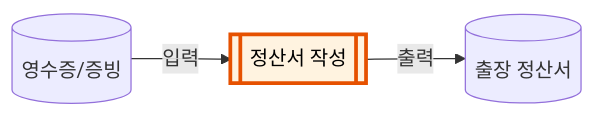
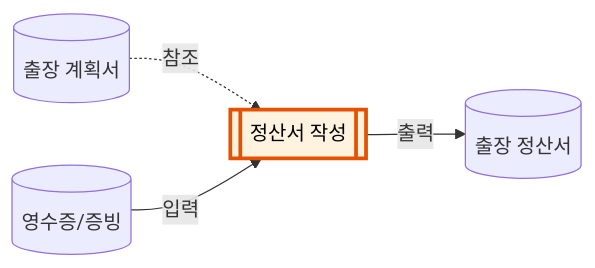
Before and after one commit to isnbh0/yooshin-demo-data: the second of 2 diagrams in session-02/homework.md, drawn with Mermaid. The commit also changed other lines of this file, not shown here.

Commit message:
fix: 정산서 작성 예시에 출장 계획서 참조 입력 추가

````diff
--- a/session-02/homework.md
+++ b/session-02/homework.md
@@ -56,6 +56,7 @@
 ```mermaid
 flowchart LR
-    영수증[("영수증/증빙")] -->|입력| 정산작성[["정산서 작성"]]:::selected -->|출력| 정산서[("출장 정산서")]
+    출장계획서[("출장 계획서")] -.->|참조| 정산작성[["정산서 작성"]]:::selected
+    영수증[("영수증/증빙")] -->|입력| 정산작성 -->|출력| 정산서[("출장 정산서")]
 
     classDef selected fill:#fff3e0,stroke:#e65100,stroke-width:3px,color:#000
 ```
````
